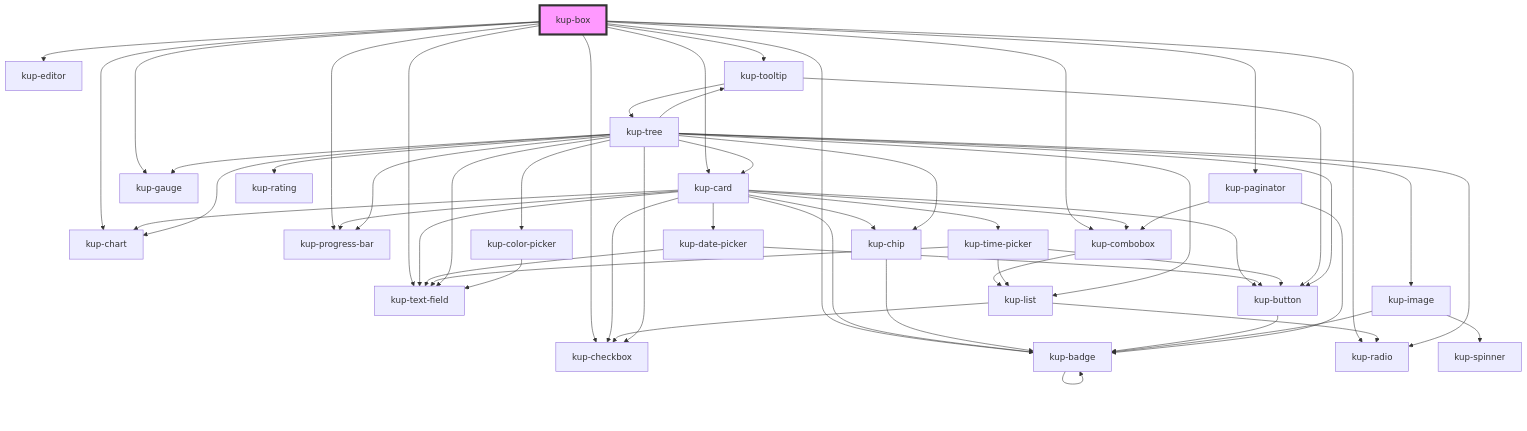
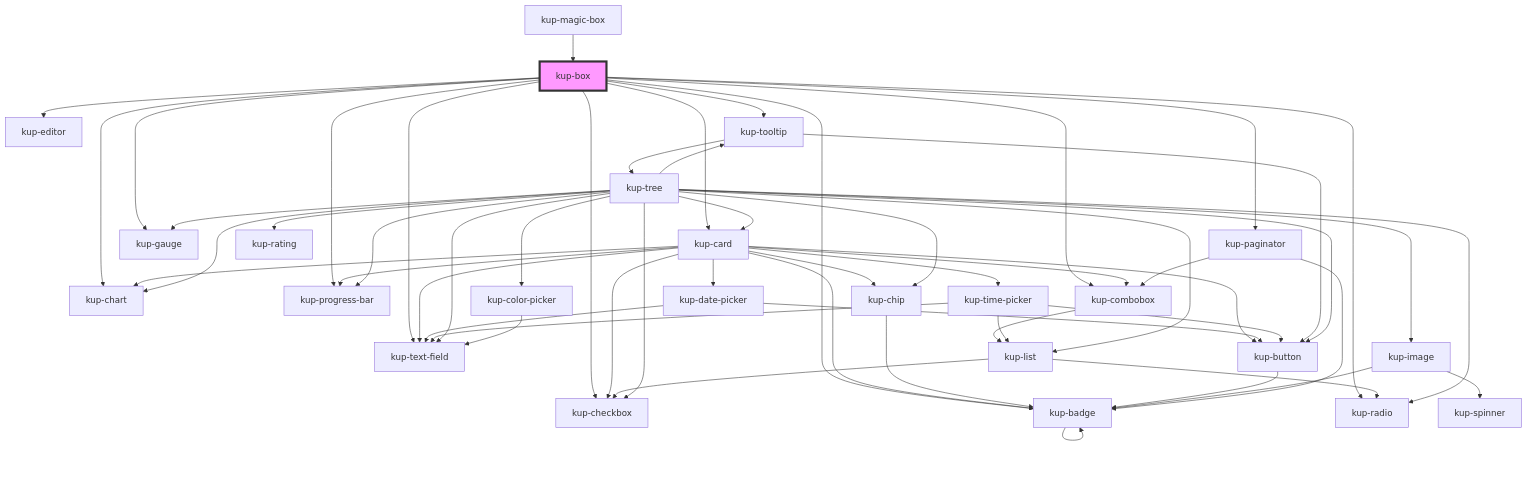
The diagram in packages/ketchup/src/components/kup-box/readme.md (smeup/ketchup), drawn with Mermaid before and after one commit. The commit also changed other lines of this file and 7 other files, not shown here.

````diff
--- a/packages/ketchup/src/components/kup-box/readme.md
+++ b/packages/ketchup/src/components/kup-box/readme.md
@@ -111,58 +115,59 @@
 ```mermaid
 graph TD;
   kup-box --> kup-card
   kup-box --> kup-checkbox
   kup-box --> kup-badge
   kup-box --> kup-chart
   kup-box --> kup-editor
   kup-box --> kup-text-field
   kup-box --> kup-progress-bar
   kup-box --> kup-radio
   kup-box --> kup-gauge
   kup-box --> kup-tooltip
   kup-box --> kup-combobox
   kup-box --> kup-paginator
   kup-card --> kup-chip
   kup-card --> kup-badge
   kup-card --> kup-button
   kup-card --> kup-checkbox
   kup-card --> kup-combobox
   kup-card --> kup-date-picker
   kup-card --> kup-text-field
   kup-card --> kup-time-picker
   kup-card --> kup-progress-bar
   kup-card --> kup-chart
   kup-chip --> kup-badge
   kup-badge --> kup-badge
   kup-button --> kup-badge
   kup-combobox --> kup-list
   kup-list --> kup-radio
   kup-list --> kup-checkbox
   kup-date-picker --> kup-text-field
   kup-date-picker --> kup-button
   kup-time-picker --> kup-text-field
   kup-time-picker --> kup-button
   kup-time-picker --> kup-list
   kup-tooltip --> kup-button
   kup-tooltip --> kup-tree
   kup-tree --> kup-image
   kup-tree --> kup-button
   kup-tree --> kup-chart
   kup-tree --> kup-checkbox
   kup-tree --> kup-chip
   kup-tree --> kup-color-picker
   kup-tree --> kup-gauge
   kup-tree --> kup-progress-bar
   kup-tree --> kup-rating
   kup-tree --> kup-radio
   kup-tree --> kup-tooltip
   kup-tree --> kup-list
   kup-tree --> kup-text-field
   kup-tree --> kup-card
   kup-image --> kup-spinner
   kup-image --> kup-badge
   kup-color-picker --> kup-text-field
   kup-paginator --> kup-combobox
   kup-paginator --> kup-badge
+  kup-magic-box --> kup-box
   style kup-box fill:#f9f,stroke:#333,stroke-width:4px
 ```
````
